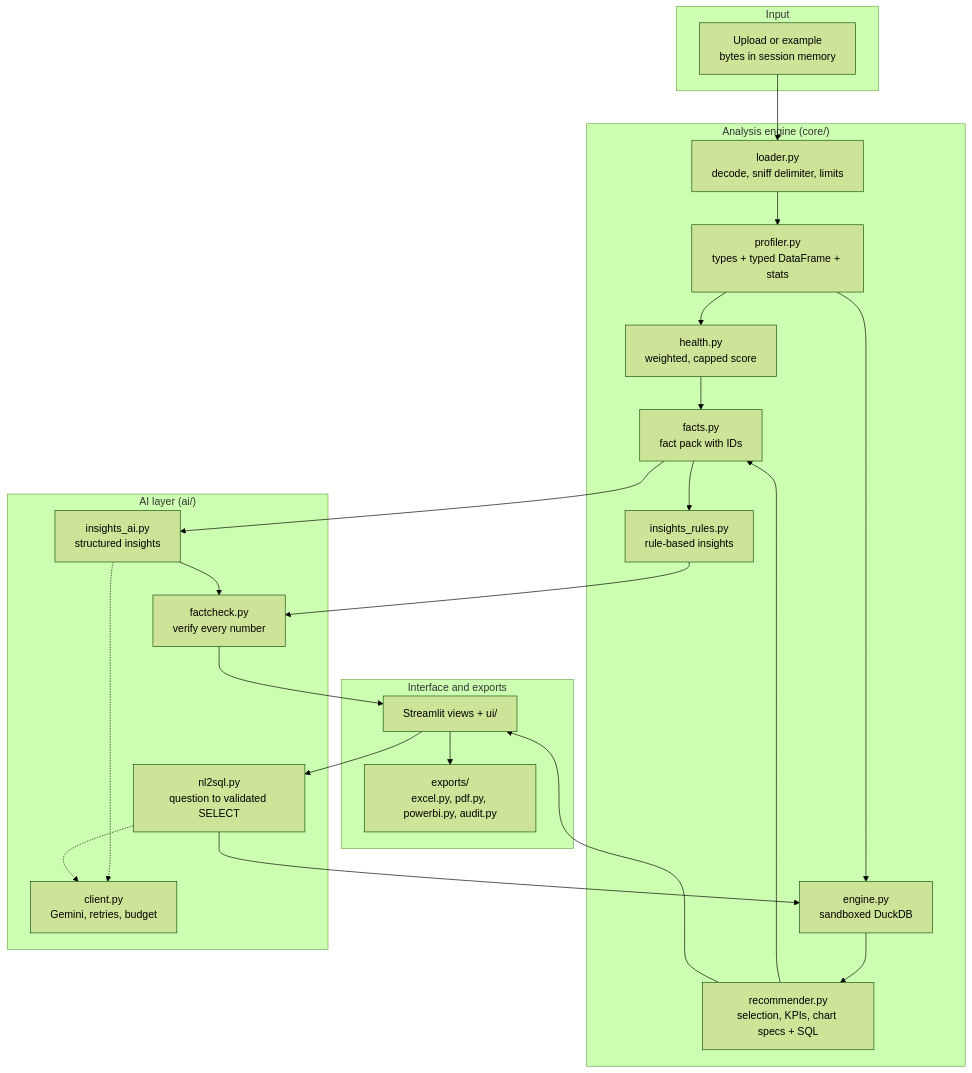
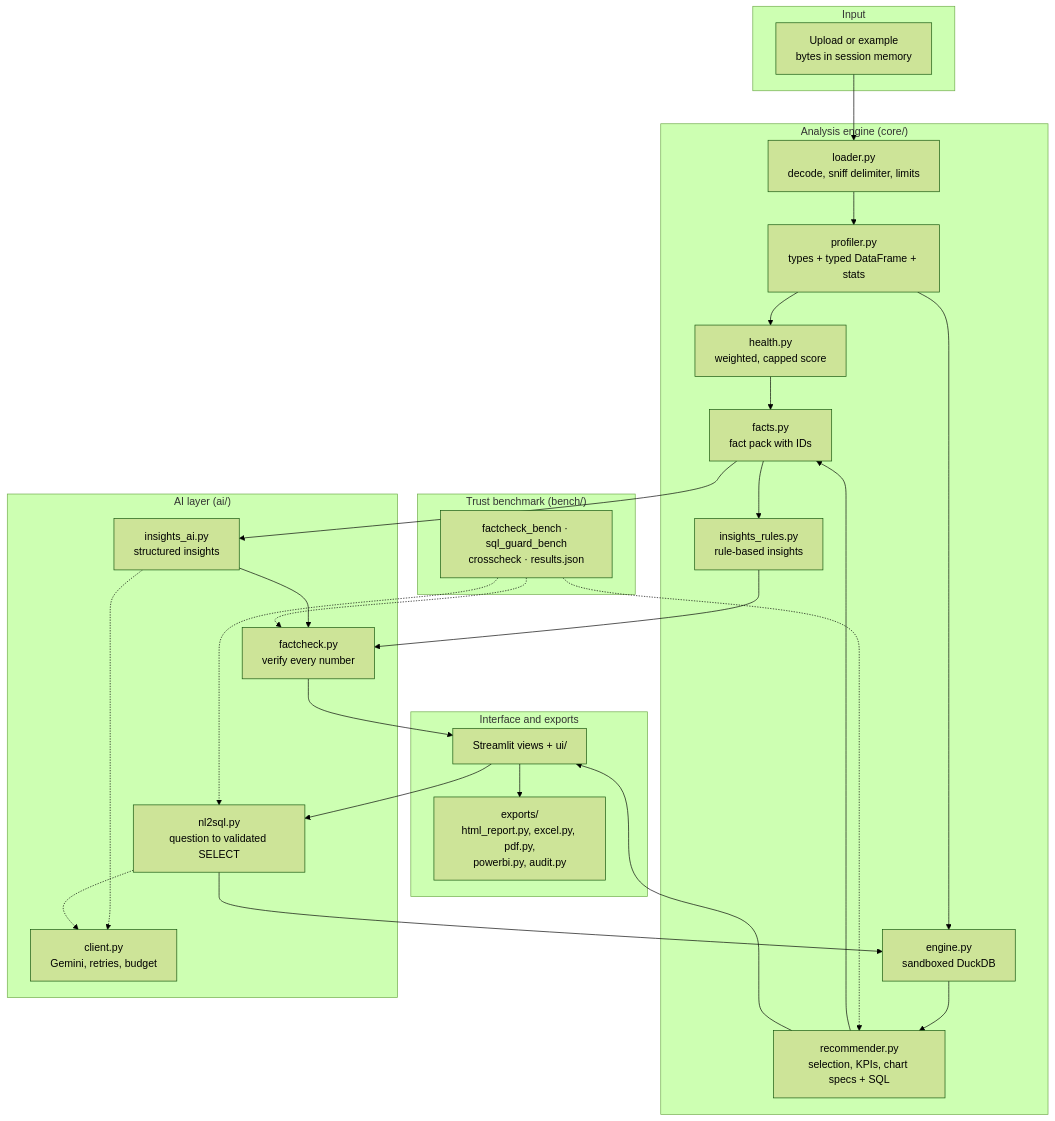
Before and after one commit to DQuanBui/Veridash: the first of 2 diagrams in docs/ARCHITECTURE.md, drawn with Mermaid (forest theme). The commit also changed other lines of this file and 2 other files, not shown here.

First line of the commit message:
docs: document the benchmark, the group check and the web report

````diff
--- a/docs/ARCHITECTURE.md
+++ b/docs/ARCHITECTURE.md
@@ -7,36 +7,42 @@
 ```mermaid
 flowchart TD
     subgraph Input
         U[Upload or example<br/>bytes in session memory]
     end
     subgraph Engine["Analysis engine (core/)"]
         L[loader.py<br/>decode, sniff delimiter, limits]
         P[profiler.py<br/>types + typed DataFrame + stats]
         H[health.py<br/>weighted, capped score]
         E[engine.py<br/>sandboxed DuckDB]
         R[recommender.py<br/>selection, KPIs, chart specs + SQL]
         F[facts.py<br/>fact pack with IDs]
         IR[insights_rules.py<br/>rule-based insights]
     end
     subgraph AI["AI layer (ai/)"]
         C[client.py<br/>Gemini, retries, budget]
         IA[insights_ai.py<br/>structured insights]
         FC[factcheck.py<br/>verify every number]
         NL[nl2sql.py<br/>question to validated SELECT]
     end
     subgraph Out["Interface and exports"]
         UI[Streamlit views + ui/]
-        X[exports/<br/>excel.py, pdf.py, powerbi.py, audit.py]
+        X[exports/<br/>html_report.py, excel.py, pdf.py,<br/>powerbi.py, audit.py]
     end
     U --> L --> P --> H
     P --> E --> R --> F
     H --> F
     F --> IR --> FC
     F --> IA --> FC
     IA -.-> C
     NL -.-> C
     FC --> UI
     R --> UI
     UI --> NL --> E
     UI --> X
+    subgraph Bench["Trust benchmark (bench/)"]
+        B[factcheck_bench · sql_guard_bench<br/>crosscheck · results.json]
+    end
+    B -.-> FC
+    B -.-> NL
+    B -.-> R
 ```
````
